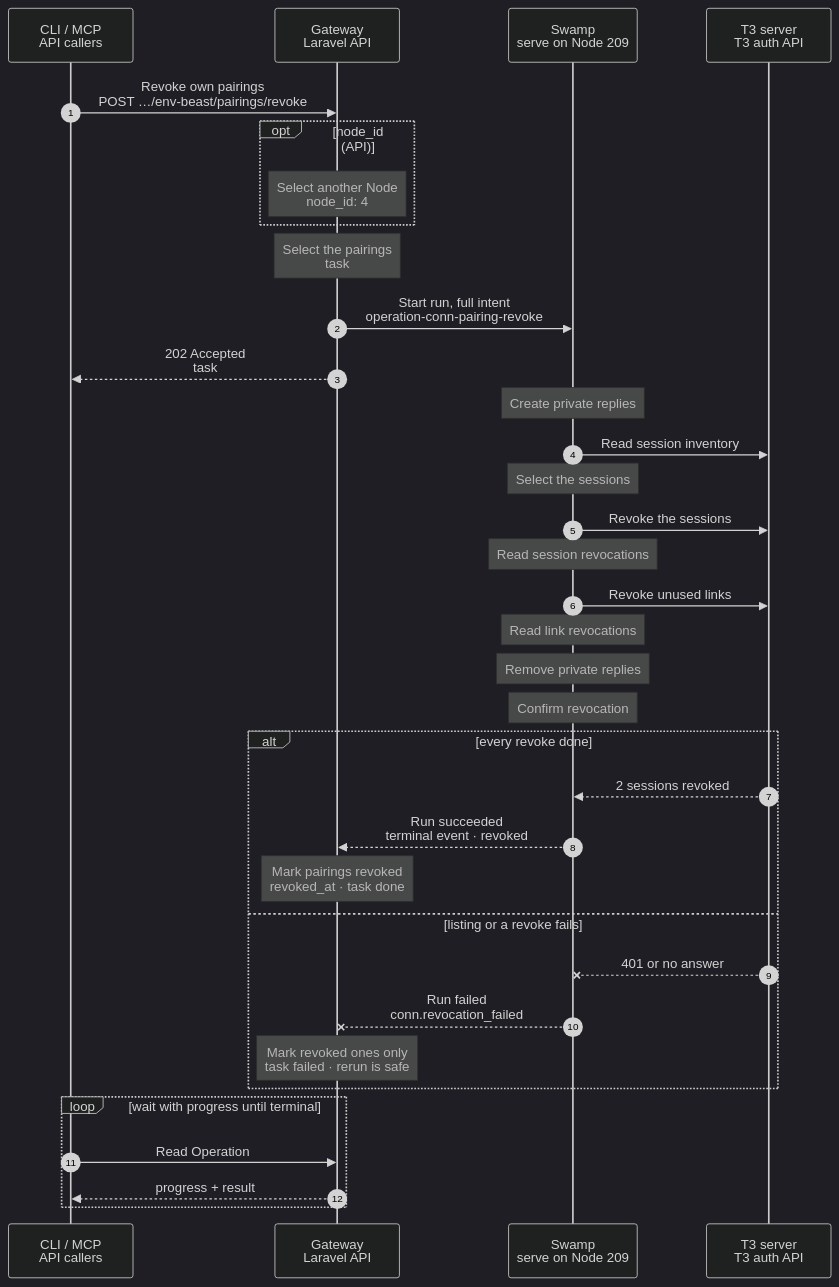
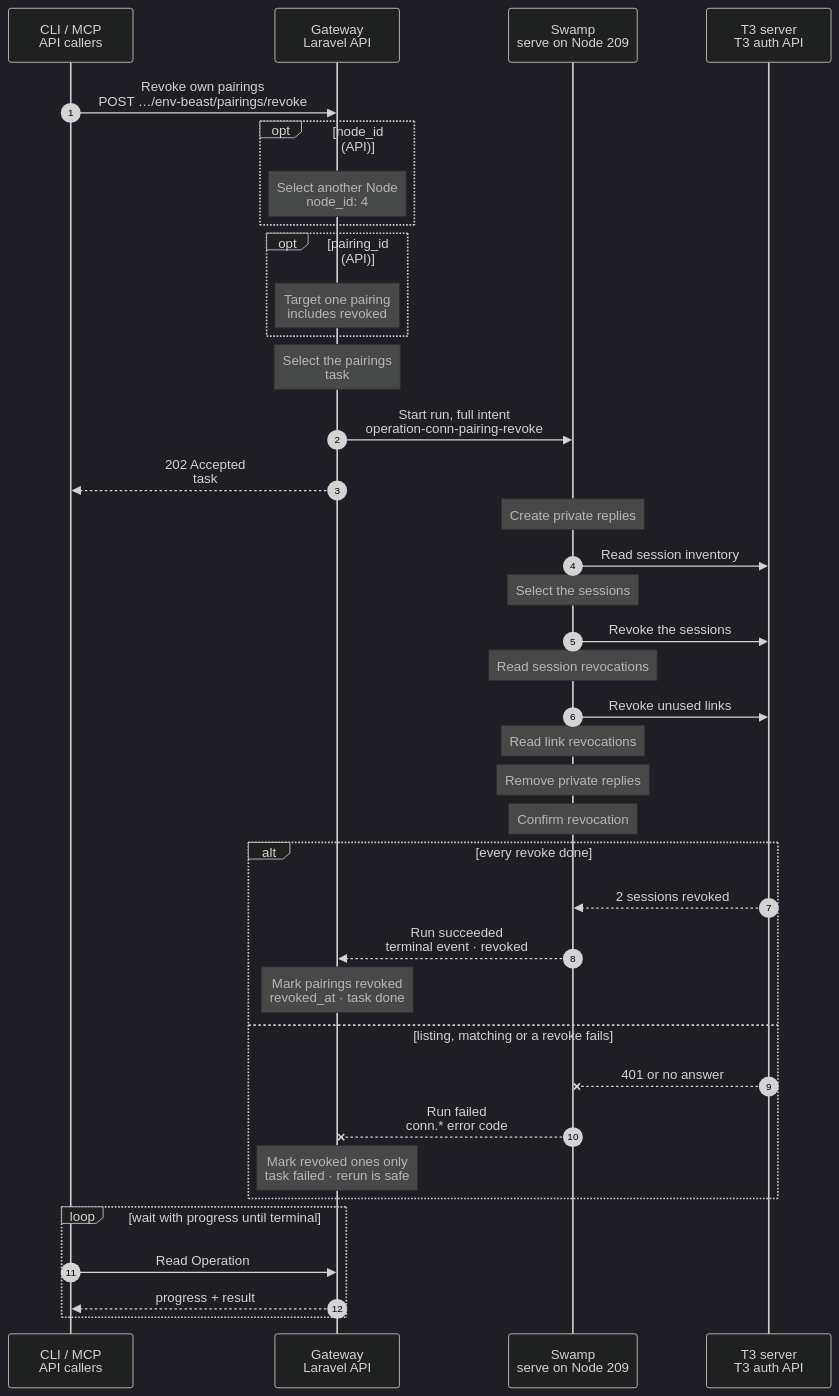
Before and after one commit to hardimpactdev/orbit: the diagram in docs/cli/conn/pairing-revoke.mmd, drawn with Mermaid (dark theme). The commit also changed 18 other files, not shown here.

Commit message:
fix(conn): match CLI-linked sessions and fail unmatched revocations

```diff
--- a/docs/cli/conn/pairing-revoke.mmd
+++ b/docs/cli/conn/pairing-revoke.mmd
@@ -1,113 +1,121 @@
 sequenceDiagram
   %% Target design: ADR 0244 task, DECISIONS R1 (an external API call is an effect, so it is a run), R2-R4. docs/reference/conn.md#native-pairing-revocation.
   %% Tightened: flow-tighten 2026-11-02, rule 16 (the session list only picks the targets, so it folds into the revoke step).
   %% status: migrated
   %% command: none · API (conn-pairing-revoke)
   %% kind: conn.pairing_revoke
   autonumber
   %% lane CLI icon=terminal pill=caller tone=gray
   %% lane GW icon=gateway pill=intent tone=blue
   %% lane SW icon=workflow pill=executes tone=green
   %% lane T3 icon=server pill=target tone=purple
   participant CLI as CLI / MCP<br/>API callers
   participant GW as Gateway<br/>Laravel API
   participant SW as Swamp<br/>serve on Node 209
   participant T3 as T3 server<br/>T3 auth API
   CLI->>GW: Revoke own pairings<br/>POST …/env-beast/pairings/revoke
   %%> Command:
   %%> - `POST /api/v1/conn/environments/env-beast/pairings/revoke`
   %%> - syntax: the MCP tool `conn-pairing-revoke` with `environment` and an optional `node_id`
   %%> Input:
   %%> - the T3 server, and the Node whose pairings go; without `node_id` it is the caller
   %%> Not included:
   %%> - there is no `orbit` command; WireGuard access does not change
   opt node_id (API)
     Note over GW: Select another Node<br/>node_id: 4
     %%> Input:
     %%> - `node_id` selects Node 4 instead of the caller
     %%> - the caller remains the owner of the revocation Operation
   end
+  opt pairing_id (API)
+    Note over GW: Target one pairing<br/>includes revoked
+    %%> Input:
+    %%> - pairing_id must belong to the selected Node and environment
+  end
   Note over GW: Select the pairings<br/>task #5171 · session to vault
   %%> Requirements:
   %%> - the `conn` extension is on; the caller is an active Node
   %%> - the caller has node access to the Node that registered env-beast, else `node_access.required`
   %%> - env-beast is registered and the Gateway's admin session there has not expired
   %%> - no other revocation runs for env-beast; the Gateway holds one lock per server
   %%> What it does:
-  %%> - captures the subject Node's open pairings on env-beast: their client labels and link IDs; the subject defaults to the caller
+  %%> - captures the subject Node's open pairings on env-beast: their exact labels, issue windows, source IP and link IDs; the subject defaults to the caller
+  %%> - overlapping windows on that Node and environment refuse with conn.revocation_ambiguous before any T3 call
   %%> - pushes the admin session to the Swamp vault as `conn-session-5171` after commit (R3)
   %%> Why a run:
   %%> - calling T3's API is an effect; the Gateway's only execution primitives are mint and sign
   GW->>SW: Start run, full intent<br/>operation-conn-pairing-revoke
   %%> What it does:
   %%> - starts one Swamp run on serve (Node 209); no Node is a target
   %%> Inputs:
-  %%> - the T3 server URL, the captured labels and link IDs, and the vault key names; never the session
+  %%> - the T3 server URL, the captured labels, issue windows, source IP and link IDs, and the vault key names; never the session
   GW-->>CLI: 202 Accepted<br/>task #5171
   %%> What you get:
   %%> - the task number, at once
   %%> Next:
   %%> - the caller waits on the task and shows its progress
   Note over SW: Create private replies
   %%> How:
   %%> - mktemp creates a private worker directory; no raw HTTP reply enters run history
   SW->>T3: Read session inventory
   %%> How:
   %%> - one bounded subscribeAuthAccess WebSocket RPC with the admin bearer session from vault.get; its initial snapshot supplies payload.clientSessions
-  %%> - no read is needed when no admitted label exists
+  %%> - no read is needed when no admitted pairing or cleanup label exists
   Note over SW: Select the sessions
   %%> What it does:
-  %%> - typed data selects admitted labels and keeps the current admin and every other label
+  %%> - typed data matches Conn one-time-token sessions by exact label; mcp-client sessions by exact Node IP and issue window
+  %%> - the current admin is preserved; a delivered pairing with no matching session refuses with conn.revocation_unmatched
   %%> - an invalid or failed list refuses before any revoke
   SW->>T3: Revoke the sessions
   %%> How:
   %%> - one bounded curl request per selected session, in native forEach
   %%> - the reply stays in the private directory; no duplicate ownership read
   Note over SW: Read session revocations
   %%> What it does:
-  %%> - typed data reads the private replies and keeps valid completions and the revoked count
+  %%> - typed data reads private replies and keeps valid completions and the revoked count
+  %%> - zero actual revocations for a delivered pairing fail with conn.revocation_unmatched and block link revocation
   SW->>T3: Revoke unused links
   %%> How:
   %%> - one bounded curl request per captured link; a failed session phase blocks these calls
   Note over SW: Read link revocations
   %%> What it does:
   %%> - typed data keeps each valid link completion, including partial failure
   Note over SW: Remove private replies
   %%> How:
   %%> - declared completed or skipped dependencies remove the directory after failure too
   Note over SW: Confirm revocation
   %%> Check:
   %%> - the native assert requires valid replies for every admitted action
   alt every revoke done
     T3-->>SW: 2 sessions revoked
     %%> Returns:
     %%> - each revoke answered
     SW-->>GW: Run succeeded<br/>terminal event · revoked
     %%> How the Gateway learns it:
     %%> - its shared run reader sees the terminal event; Swamp never calls the Gateway
     Note over GW: Mark pairings revoked<br/>revoked_at · task done
     %%> Result:
     %%> - the subject Node's pairings on env-beast get `revoked_at`, and their stored links are removed
     %%> - the device loses env-beast at once; its other servers and Orbit access stay
     %%> - task #5171 succeeds
-  else listing or a revoke fails
+  else listing, matching or a revoke fails
     T3--xSW: 401 or no answer
     %%> When:
     %%> - T3 refuses the admin session, cannot be reached, or answers with invalid data
-    SW--xGW: Run failed<br/>conn.revocation_failed
+    SW--xGW: Run failed<br/>conn.* error code
     %%> The Gateway reads:
     %%> - which step failed and its safe error code
     Note over GW: Mark revoked ones only<br/>task failed · rerun is safe
     %%> Result:
-    %%> - pairings whose sessions and links completed are marked revoked; the rest stay open; task #5171 fails
+    %%> - unmatched failures keep every pairing row unchanged; other failures mark only pairings whose sessions and links completed; task #5171 fails
     %%> Retry:
     %%> - safe: run it again; it lists the sessions again and skips those already gone
   end
   loop wait with progress until terminal
     CLI->>GW: Read Operation #5171<br/>GET conn/operations/5171
     %%> What it does:
     %%> - waits on the task and shows each step label as progress
     GW-->>CLI: progress + result
     %%> Returns:
     %%> - the progress, and the number of revoked sessions once the task has ended
   end
```
